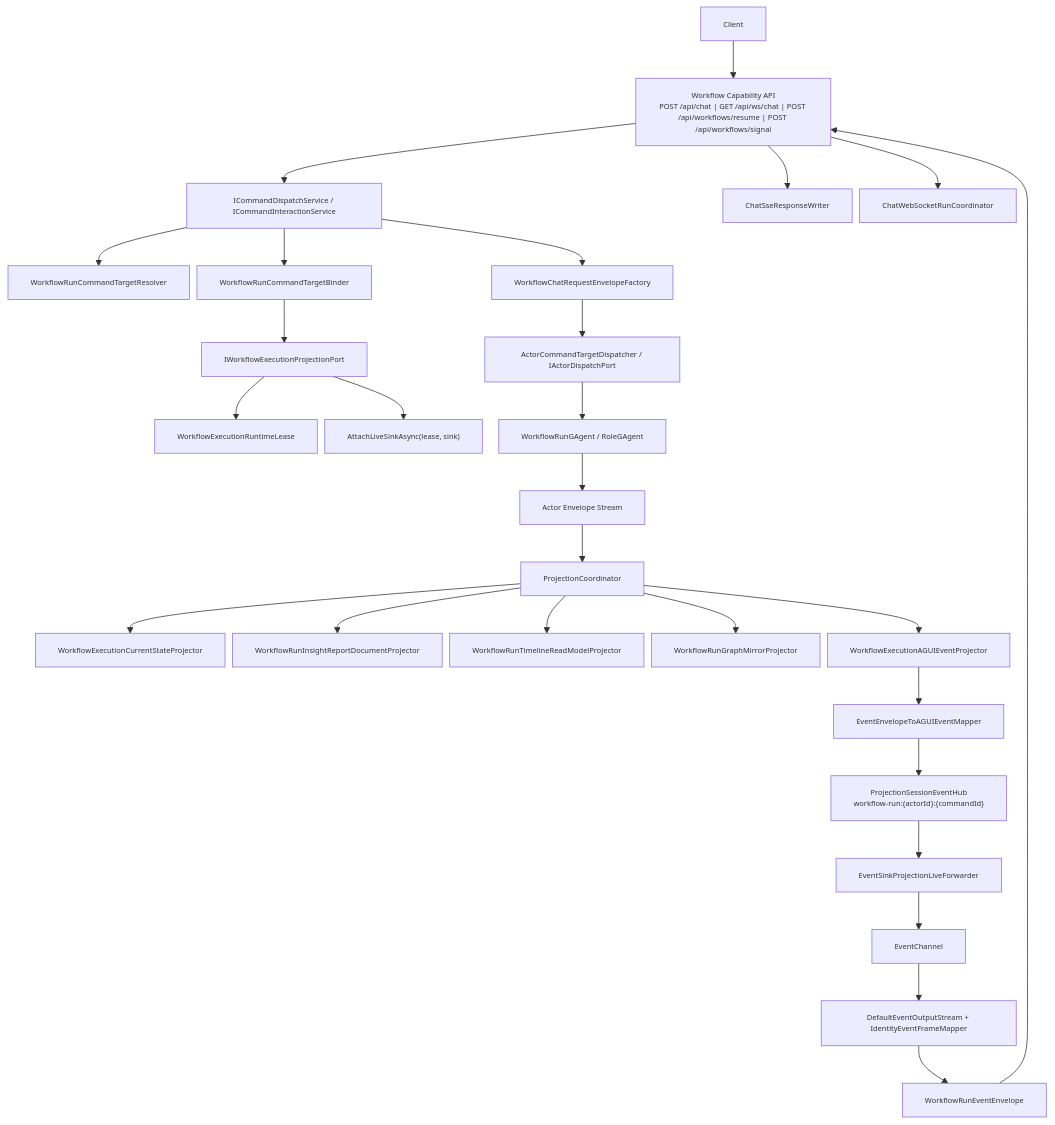
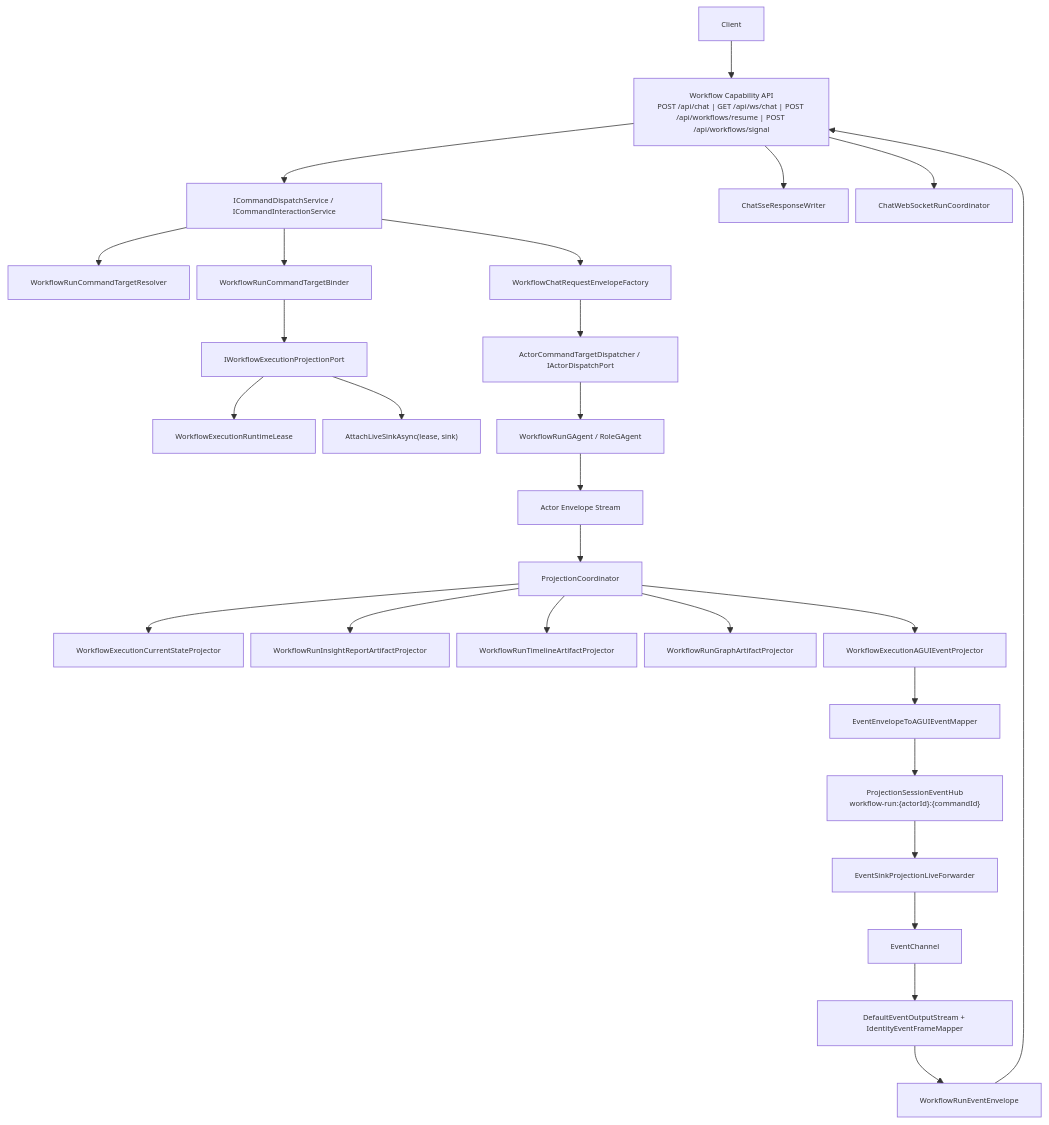
Before and after one commit to aevatarAI/aevatar: the first of 5 diagrams in docs/WORKFLOW_LLM_STREAMING_ARCHITECTURE.md, drawn with Mermaid. The commit also changed other lines of this file and 46 other files, not shown here.

````diff
--- a/docs/WORKFLOW_LLM_STREAMING_ARCHITECTURE.md
+++ b/docs/WORKFLOW_LLM_STREAMING_ARCHITECTURE.md
@@ -58,30 +58,30 @@
 ```mermaid
 %%{init: {"maxTextSize": 100000, "flowchart": {"useMaxWidth": false, "nodeSpacing": 10, "rankSpacing": 50}, "themeVariables": {"fontSize": "10px"}}}%%
 flowchart TB
     C["Client"] --> H["Workflow Capability API\nPOST /api/chat | GET /api/ws/chat | POST /api/workflows/resume | POST /api/workflows/signal"]
     H --> CMD["ICommandDispatchService / ICommandInteractionService"]
     CMD --> RES["WorkflowRunCommandTargetResolver"]
     CMD --> BND["WorkflowRunCommandTargetBinder"]
     BND --> LIF["IWorkflowExecutionProjectionPort"]
     LIF --> LEASE["WorkflowExecutionRuntimeLease"]
     LIF --> SUB["AttachLiveSinkAsync(lease, sink)"]
     CMD --> FAC["WorkflowChatRequestEnvelopeFactory"]
     FAC --> DSP["ActorCommandTargetDispatcher / IActorDispatchPort"]
     DSP --> ACT["WorkflowRunGAgent / RoleGAgent"]
     ACT --> EVT["Actor Envelope Stream"]
     EVT --> COOR["ProjectionCoordinator"]
     COOR --> RM1["WorkflowExecutionCurrentStateProjector"]
-    COOR --> RM2["WorkflowRunInsightReportDocumentProjector"]
-    COOR --> RM3["WorkflowRunTimelineReadModelProjector"]
-    COOR --> RM4["WorkflowRunGraphMirrorProjector"]
+    COOR --> RM2["WorkflowRunInsightReportArtifactProjector"]
+    COOR --> RM3["WorkflowRunTimelineArtifactProjector"]
+    COOR --> RM4["WorkflowRunGraphArtifactProjector"]
     COOR --> AGP["WorkflowExecutionAGUIEventProjector"]
     AGP --> MAP["EventEnvelopeToAGUIEventMapper"]
     MAP --> HUB["ProjectionSessionEventHub\nworkflow-run:{actorId}:{commandId}"]
     HUB --> FWD["EventSinkProjectionLiveForwarder<WorkflowExecutionRuntimeLease, WorkflowRunEvent>"]
     FWD --> CH["EventChannel<WorkflowRunEvent>"]
     CH --> STR["DefaultEventOutputStream + IdentityEventFrameMapper"]
     STR --> FR["WorkflowRunEventEnvelope"]
     FR --> H
     H --> SSE["ChatSseResponseWriter"]
     H --> WS["ChatWebSocketRunCoordinator"]
 ```
````
